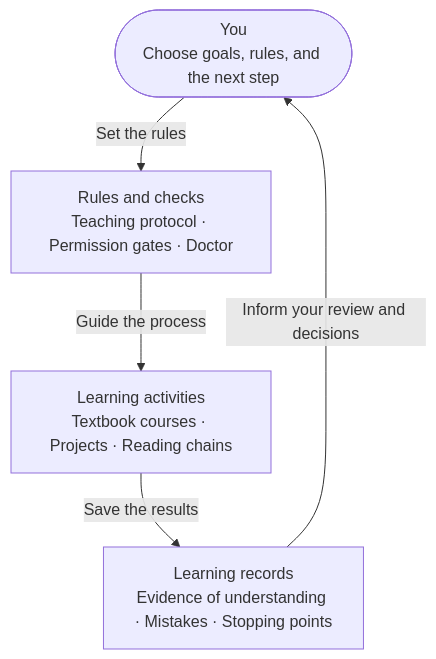
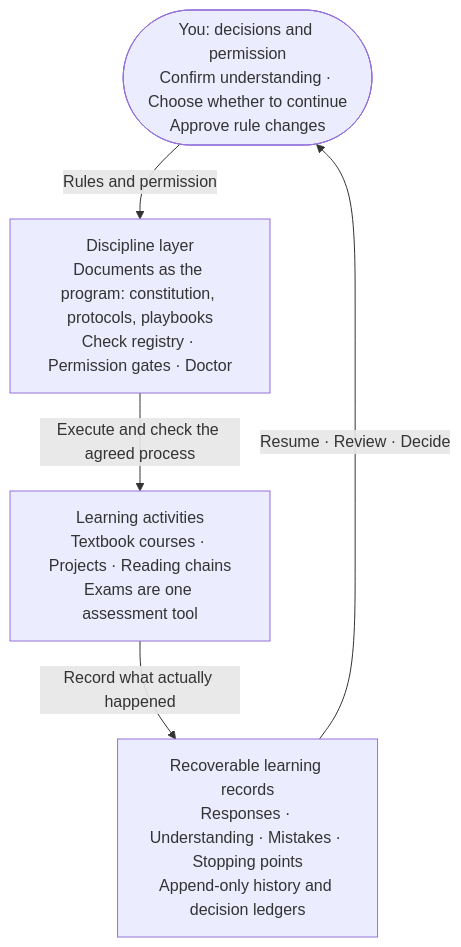
The third of 4 diagrams in README.md (lungstrahv/T2AG), drawn with Mermaid before and after one commit. The commit also changed other lines of this file, not shown here.

Commit message:
docs: restore the learning and system-improvement loops in workflow diagrams

````diff
--- a/README.md
+++ b/README.md
@@ -56,12 +89,12 @@
 ```mermaid
 flowchart TB
-    learner(["You<br/>Choose goals, rules, and the next step"])
-    discipline["Rules and checks<br/>Teaching protocol · Permission gates · Doctor"]
-    learning["Learning activities<br/>Textbook courses · Projects · Reading chains"]
-    evidence["Learning records<br/>Evidence of understanding · Mistakes · Stopping points"]
+    learner(["You: decisions and permission<br/>Confirm understanding · Choose whether to continue<br/>Approve rule changes"])
+    discipline["Discipline layer<br/>Documents as the program: constitution, protocols, playbooks<br/>Check registry · Permission gates · Doctor"]
+    learning["Learning activities<br/>Textbook courses · Projects · Reading chains<br/>Exams are one assessment tool"]
+    records["Recoverable learning records<br/>Responses · Understanding · Mistakes · Stopping points<br/>Append-only history and decision ledgers"]
 
-    learner -->|Set the rules| discipline
-    discipline -->|Guide the process| learning
-    learning -->|Save the results| evidence
-    evidence -->|Inform your review and decisions| learner
+    learner -->|Rules and permission| discipline
+    discipline -->|Execute and check the agreed process| learning
+    learning -->|Record what actually happened| records
+    records -->|Resume · Review · Decide| learner
 ```
````
